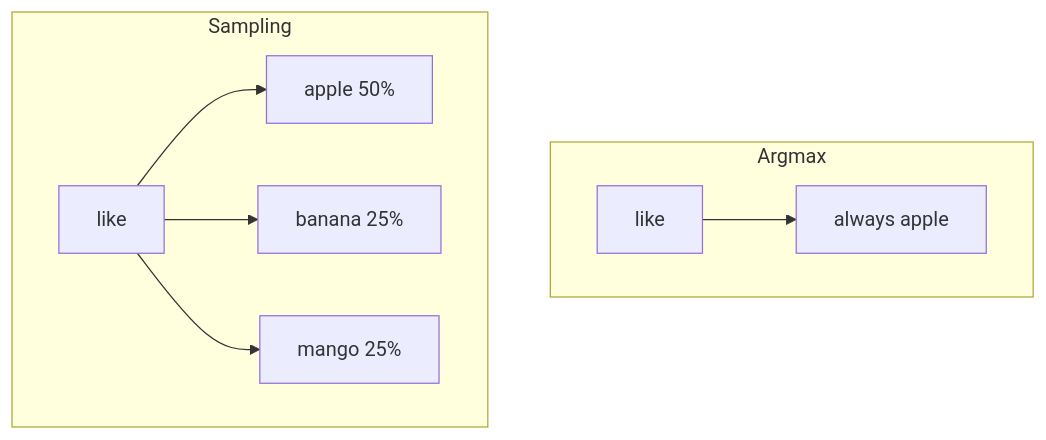
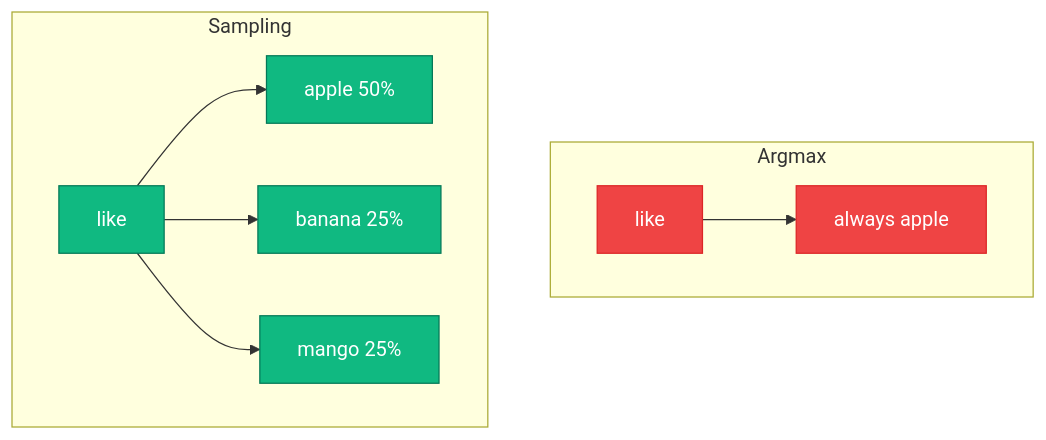
Before and after one commit to bhNibir/build-own-llm: the first of 2 diagrams in content/docs/part-02-bigram/05-sampling-vs-argmax.mdx, drawn with Mermaid. The commit also changed other lines of this file and 33 other files, not shown here.

First line of the commit message:
Align Bangla lessons with playgrounds, animations, and diagrams

````diff
--- a/content/docs/part-02-bigram/05-sampling-vs-argmax.mdx
+++ b/content/docs/part-02-bigram/05-sampling-vs-argmax.mdx
@@ -46,11 +44,15 @@
 ```mermaid
 flowchart TD
     subgraph argmax [Argmax]
         a1["like"] --> a2["always apple"]
     end
     subgraph sampling [Sampling]
         s1["like"] --> s2["apple 50%"]
         s1 --> s3["banana 25%"]
         s1 --> s4["mango 25%"]
     end
+    classDef a fill:#EF4444,color:#fff,stroke:#DC2626
+    classDef s fill:#10B981,color:#fff,stroke:#047857
+    class a1,a2 a
+    class s1,s2,s3,s4 s
 ```
````
